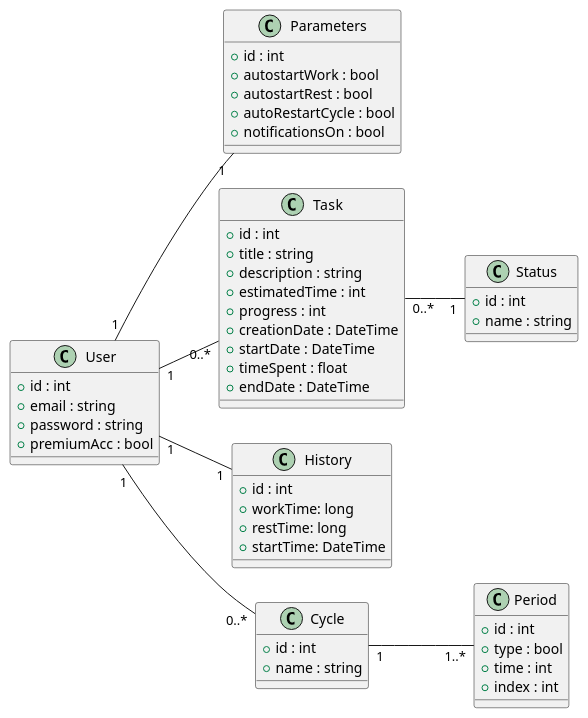
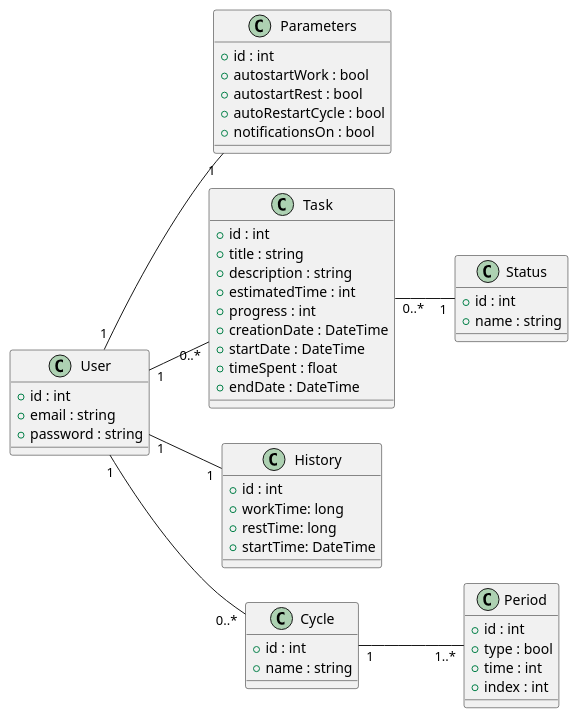
One commit to MDGav82/FocusTimer changed the diagram in pomodoro_domain.wsd. Above: the diagram before and after it, drawn with PlantUML.

```diff
--- a/pomodoro_domain.wsd
+++ b/pomodoro_domain.wsd
@@ -1,63 +1,62 @@
 @startuml pomodoro_domain
 left to right direction
 
 class User {
   +id : int
   +email : string
   +password : string
-  +premiumAcc : bool
 }
 
 class Parameters {
   +id : int
   +autostartWork : bool
   +autostartRest : bool
   +autoRestartCycle : bool
   +notificationsOn : bool
 }
 
 class Task {
   +id : int
   +title : string
   +description : string
   +estimatedTime : int
   +progress : int
   +creationDate : DateTime
   +startDate : DateTime
   +timeSpent : float
   +endDate : DateTime
 }
 
 class History {
   +id : int
   +workTime: long
   +restTime: long
   +startTime: DateTime
 }
 class Cycle {
   +id : int
   +name : string
 }
 
 class Period {
   +id : int
   +type : bool
   +time : int
   +index : int
 }
 
 class Status {
    +id : int
   +name : string
 }
 
 ' Relations
 
 User "1" -- "1" Parameters
 User "1" -- "0..*" Task
 User "1" -- "0..*" Cycle
 User "1" -- "1" History
 Cycle "1" -- "1..*" Period
 Task "0..*" -- "1" Status
 
 @enduml
```
